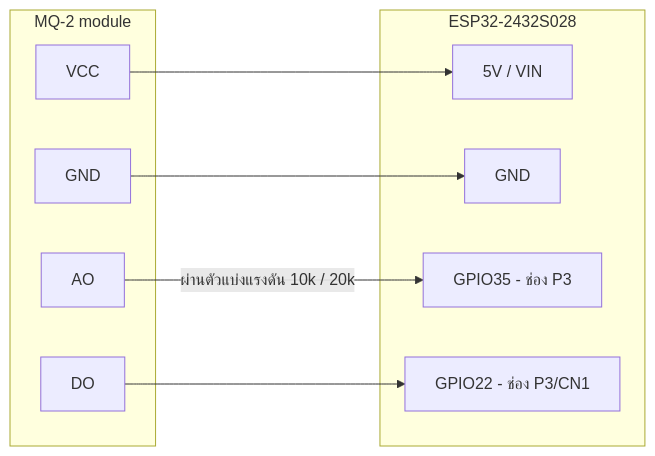
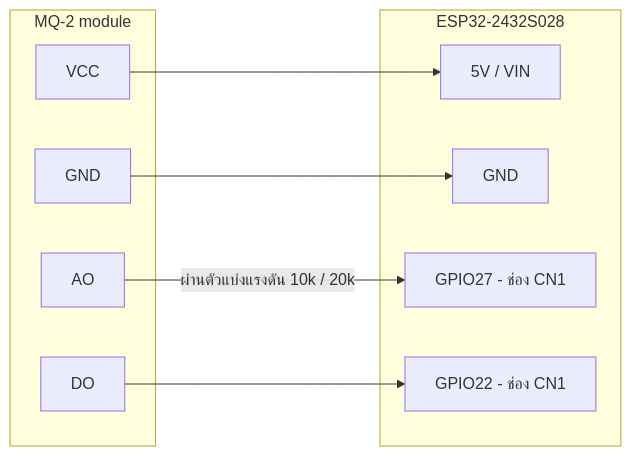
The diagram in README.md (momaymon/esp32-cyd-mq2), drawn with Mermaid before and after one commit. The commit also changed other lines of this file and 2 other files, not shown here.

Commit message:
Move MQ-2 AO to GPIO27 (CN1), pull-up on DO

````diff
--- a/README.md
+++ b/README.md
@@ -12,19 +12,19 @@
 ```mermaid
 flowchart LR
   subgraph MQ2[MQ-2 module]
     VCC[VCC]
     GND[GND]
     AO[AO]
     DO[DO]
   end
   subgraph CYD[ESP32-2432S028]
     V5[5V / VIN]
     G[GND]
-    IO35[GPIO35 - ช่อง P3]
-    IO22[GPIO22 - ช่อง P3/CN1]
+    IO27[GPIO27 - ช่อง CN1]
+    IO22[GPIO22 - ช่อง CN1]
   end
   VCC --> V5
   GND --> G
-  AO -- "ผ่านตัวแบ่งแรงดัน 10k / 20k" --> IO35
+  AO -- "ผ่านตัวแบ่งแรงดัน 10k / 20k" --> IO27
   DO --> IO22
 ```
````
